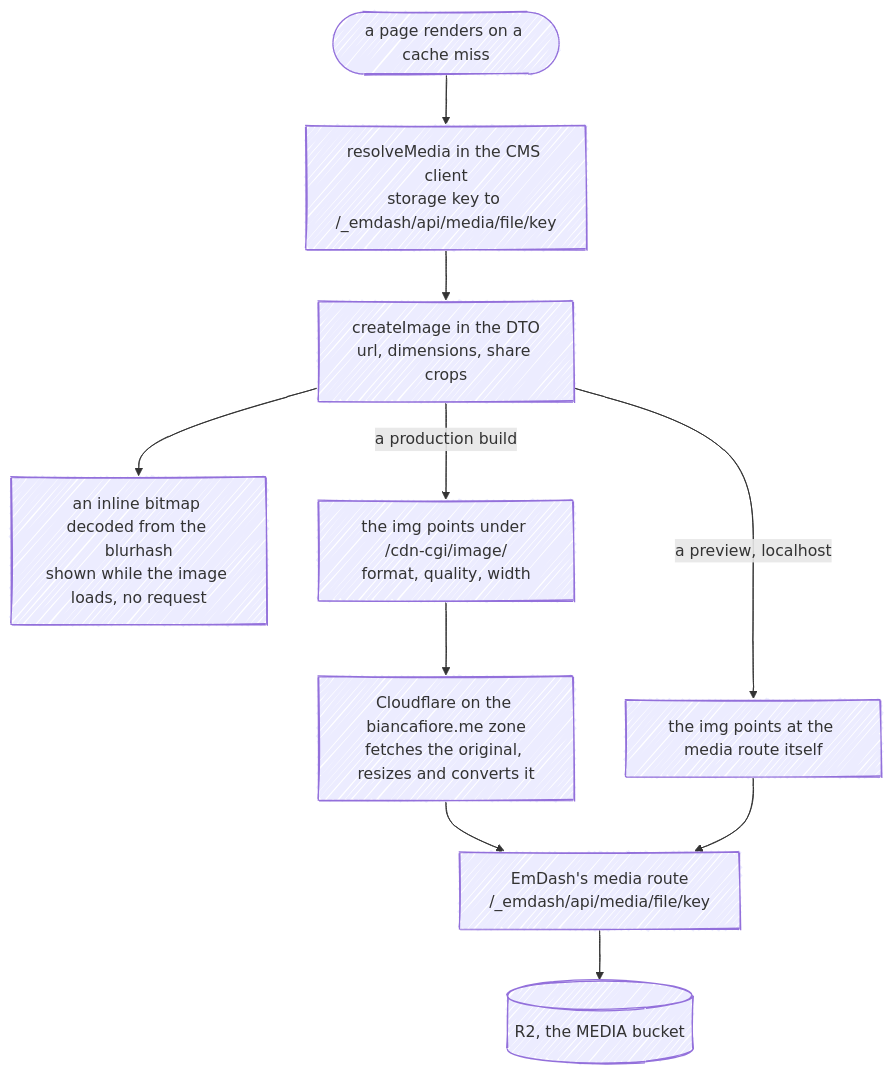
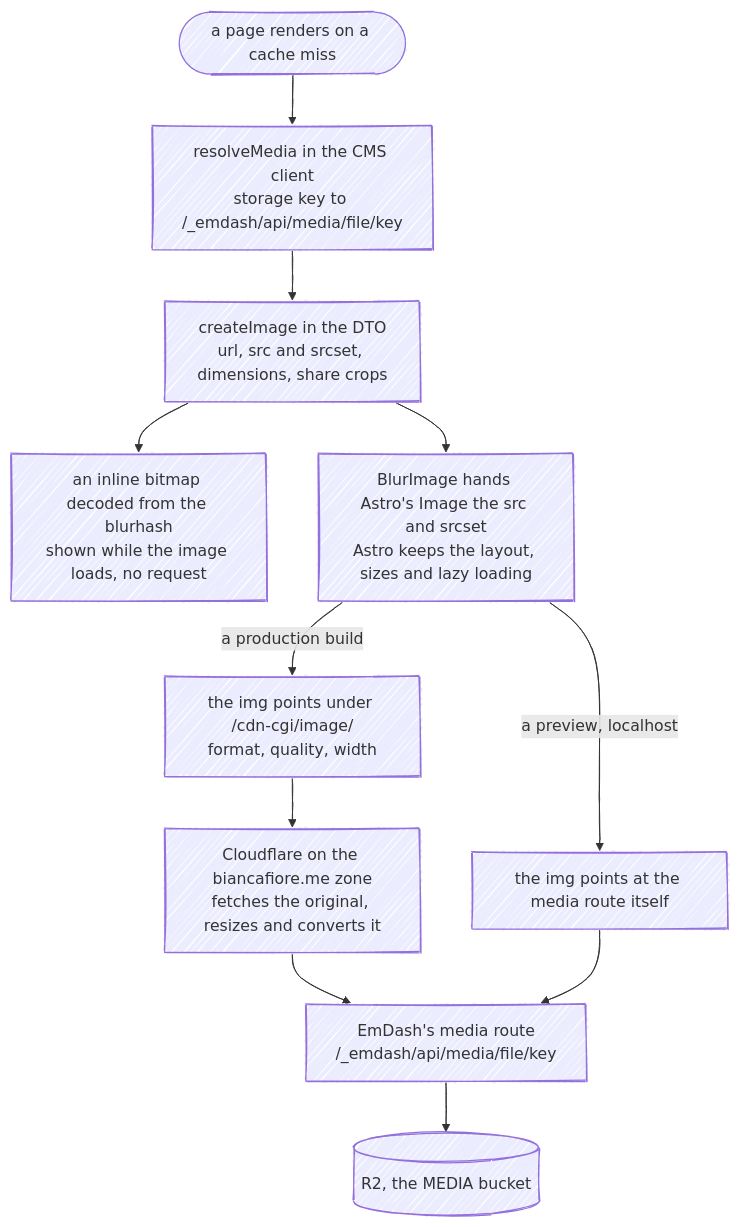
The third of 4 diagrams in docs/wiki/Request-Lifecycle.md (fbuireu/biancafiore), drawn with Mermaid before and after one commit. The commit also changed other lines of this file and 14 other files, not shown here.

````diff
--- a/docs/wiki/Request-Lifecycle.md
+++ b/docs/wiki/Request-Lifecycle.md
@@ -148,17 +148,18 @@
 ```mermaid
 ---
 config:
   look: handDrawn
   layout: dagre
 ---
 flowchart TB
     render(["a page renders on a cache miss"]) --> resolve["resolveMedia in the CMS client<br/>storage key to /_emdash/api/media/file/key"]
-    resolve --> create["createImage in the DTO<br/>url, dimensions, share crops"]
+    resolve --> create["createImage in the DTO<br/>url, src and srcset, dimensions, share crops"]
     create --> placeholder["an inline bitmap decoded from the blurhash<br/>shown while the image loads, no request"]
-    create -- "a production build" --> transformed["the img points under /cdn-cgi/image/<br/>format, quality, width"]
-    create -- "a preview, localhost" --> original["the img points at the media route itself"]
+    create --> blur["BlurImage hands Astro's Image the src and srcset<br/>Astro keeps the layout, sizes and lazy loading"]
+    blur -- "a production build" --> transformed["the img points under /cdn-cgi/image/<br/>format, quality, width"]
+    blur -- "a preview, localhost" --> original["the img points at the media route itself"]
     transformed --> zone["Cloudflare on the biancafiore.me zone<br/>fetches the original, resizes and converts it"]
     zone --> route
     original --> route["EmDash's media route<br/>/_emdash/api/media/file/key"]
     route --> bucket[("R2, the MEDIA bucket")]
 ```
````
